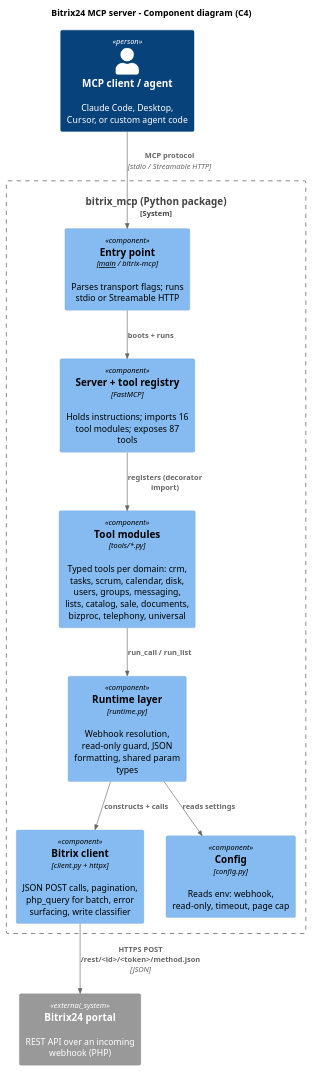
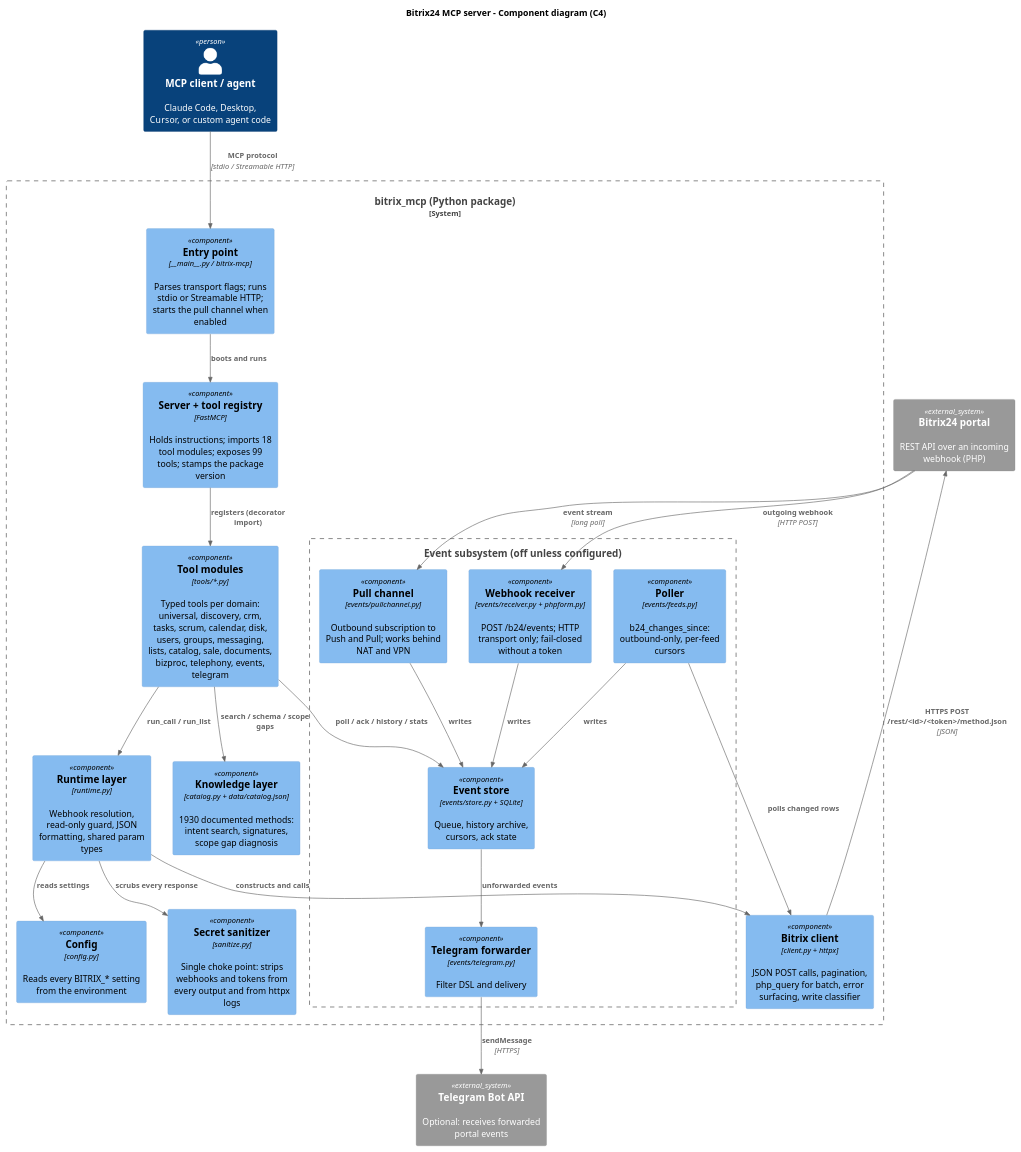
Before and after one commit to john7ross/BitrixMCP: the diagram in docs/diagrams/component.puml, drawn with PlantUML. The commit also changed 29 other files, not shown here.

```diff
--- a/docs/diagrams/component.puml
+++ b/docs/diagrams/component.puml
@@ -1,28 +1,53 @@
 @startuml bitrix_mcp_component
 ' C4 component view of the Bitrix24 MCP server.
 ' Render: java -jar plantuml.jar -tpng docs/diagrams/component.puml
 !include <C4/C4_Component>
 
 title Bitrix24 MCP server - Component diagram (C4)
 
 Person(agent, "MCP client / agent", "Claude Code, Desktop, Cursor, or custom agent code")
 System_Ext(portal, "Bitrix24 portal", "REST API over an incoming webhook (PHP)")
+System_Ext(tg, "Telegram Bot API", "Optional: receives forwarded portal events")
 
 System_Boundary(mcp, "bitrix_mcp (Python package)") {
-  Component(entry, "Entry point", "__main__ / bitrix-mcp", "Parses transport flags; runs stdio or Streamable HTTP")
-  Component(server, "Server + tool registry", "FastMCP", "Holds instructions; imports 16 tool modules; exposes 87 tools")
-  Component(tools, "Tool modules", "tools/*.py", "Typed tools per domain: crm, tasks, scrum, calendar, disk, users, groups, messaging, lists, catalog, sale, documents, bizproc, telephony, universal")
+  ' ~ escapes the underscores: PlantUML reads __x__ as underline markup and
+  ' would render the module name as an italic "main".
+  Component(entry, "Entry point", "~__main~__.py / bitrix-mcp", "Parses transport flags; runs stdio or Streamable HTTP; starts the pull channel when enabled")
+  Component(server, "Server + tool registry", "FastMCP", "Holds instructions; imports 18 tool modules; exposes 99 tools; stamps the package version")
+  Component(tools, "Tool modules", "tools/*.py", "Typed tools per domain: universal, discovery, crm, tasks, scrum, calendar, disk, users, groups, messaging, lists, catalog, sale, documents, bizproc, telephony, events, telegram")
   Component(runtime, "Runtime layer", "runtime.py", "Webhook resolution, read-only guard, JSON formatting, shared param types")
   Component(client, "Bitrix client", "client.py + httpx", "JSON POST calls, pagination, php_query for batch, error surfacing, write classifier")
-  Component(config, "Config", "config.py", "Reads env: webhook, read-only, timeout, page cap")
+  Component(config, "Config", "config.py", "Reads every BITRIX_* setting from the environment")
+  Component(sanitize, "Secret sanitizer", "sanitize.py", "Single choke point: strips webhooks and tokens from every output and from httpx logs")
+  Component(knowledge, "Knowledge layer", "catalog.py + data/catalog.json", "1930 documented methods: intent search, signatures, scope gap diagnosis")
+
+  Boundary(events, "Event subsystem (off unless configured)") {
+    Component(pull, "Pull channel", "events/pullchannel.py", "Outbound subscription to Push and Pull; works behind NAT and VPN")
+    Component(recv, "Webhook receiver", "events/receiver.py + phpform.py", "POST /b24/events; HTTP transport only; fail-closed without a token")
+    Component(feeds, "Poller", "events/feeds.py", "b24_changes_since: outbound-only, per-feed cursors")
+    Component(store, "Event store", "events/store.py + SQLite", "Queue, history archive, cursors, ack state")
+    Component(tgfwd, "Telegram forwarder", "events/telegram.py", "Filter DSL and delivery")
+  }
 }
 
 Rel(agent, entry, "MCP protocol", "stdio / Streamable HTTP")
-Rel(entry, server, "boots + runs")
+Rel(entry, server, "boots and runs")
 Rel(server, tools, "registers (decorator import)")
 Rel(tools, runtime, "run_call / run_list")
+Rel(tools, knowledge, "search / schema / scope gaps")
 Rel(runtime, config, "reads settings")
-Rel(runtime, client, "constructs + calls")
+Rel(runtime, sanitize, "scrubs every response")
+Rel(runtime, client, "constructs and calls")
 Rel(client, portal, "HTTPS POST /rest/<id>/<token>/method.json", "JSON")
 
+Rel(portal, pull, "event stream", "long poll")
+Rel(portal, recv, "outgoing webhook", "HTTP POST")
+Rel(feeds, client, "polls changed rows")
+Rel(pull, store, "writes")
+Rel(recv, store, "writes")
+Rel(feeds, store, "writes")
+Rel(tools, store, "poll / ack / history / stats")
+Rel(store, tgfwd, "unforwarded events")
+Rel(tgfwd, tg, "sendMessage", "HTTPS")
+
 @enduml
```
